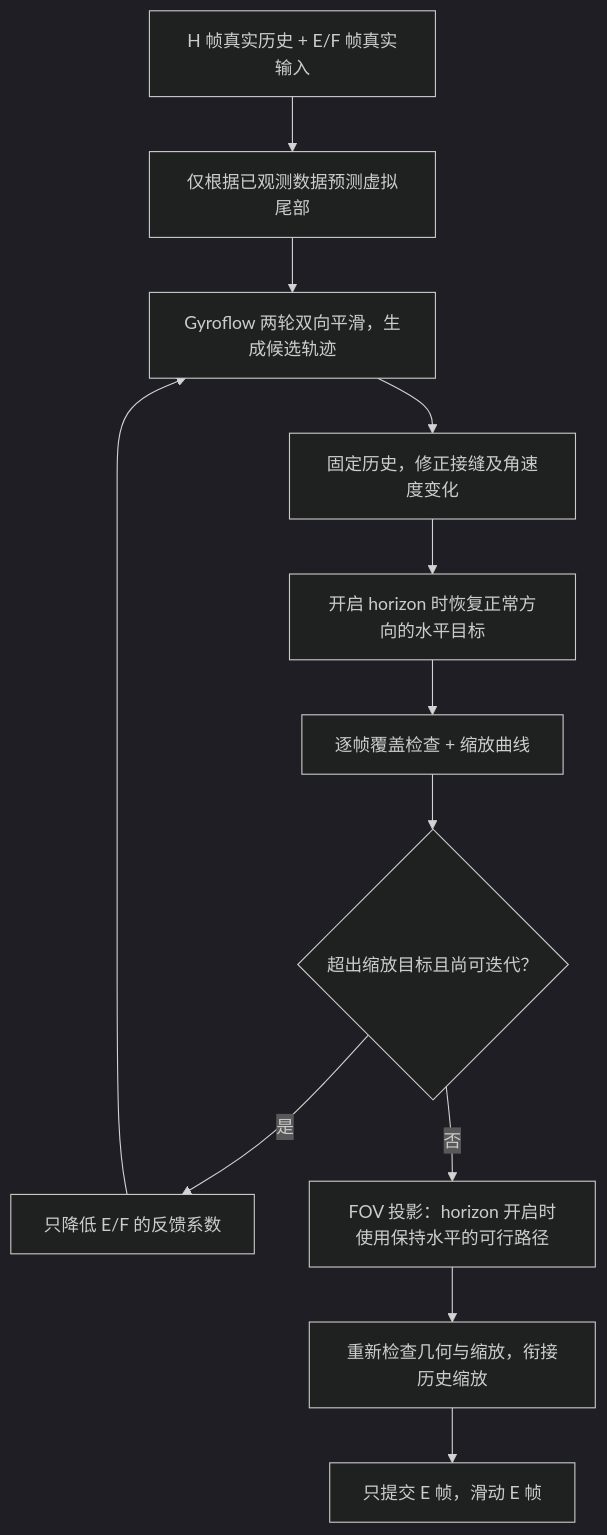
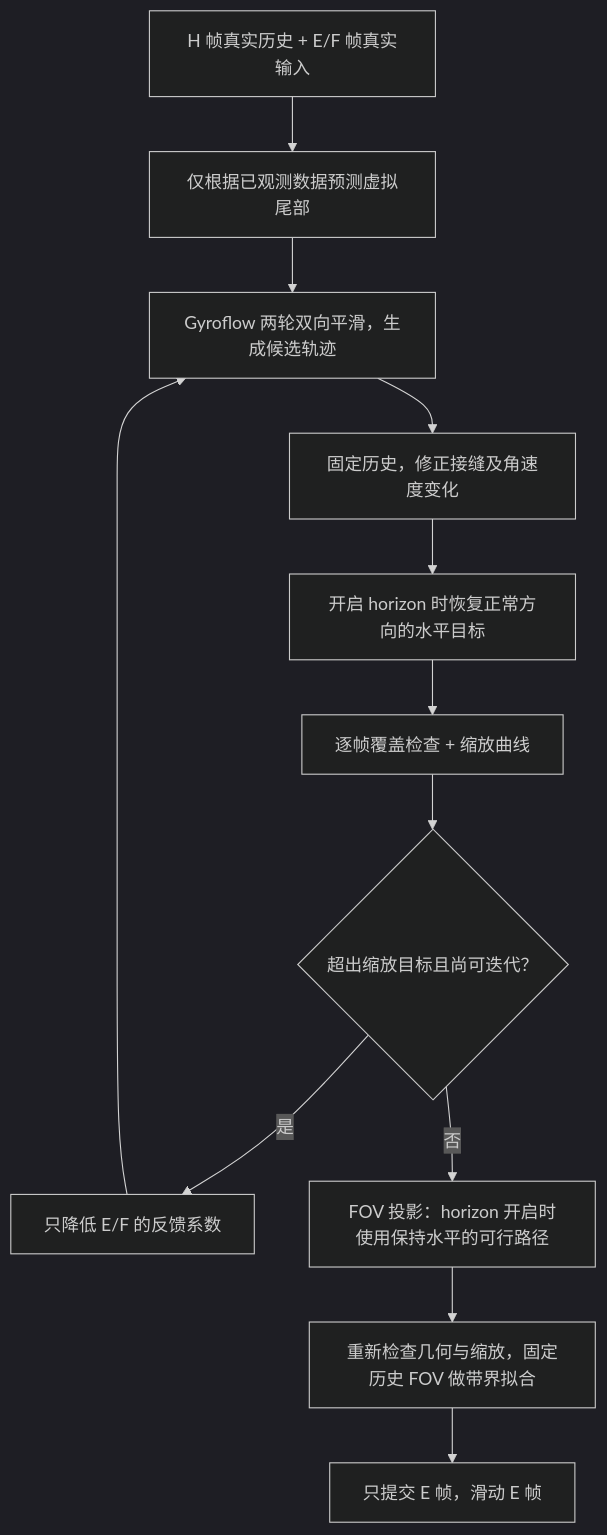
Before and after one commit to superguymj/EIS: the diagram in docs/gyroflow-sliding-window.md, drawn with Mermaid (dark theme). The commit also changed other lines of this file and 487 other files, not shown here.

````diff
--- a/docs/gyroflow-sliding-window.md
+++ b/docs/gyroflow-sliding-window.md
@@ -61,14 +67,14 @@
 ```mermaid
 flowchart TD
     A["H 帧真实历史 + E/F 帧真实输入"] --> B["仅根据已观测数据预测虚拟尾部"]
     B --> C["Gyroflow 两轮双向平滑，生成候选轨迹"]
     C --> D["固定历史，修正接缝及角速度变化"]
     D --> L["开启 horizon 时恢复正常方向的水平目标"]
     L --> G["逐帧覆盖检查 + 缩放曲线"]
     G --> I{"超出缩放目标且尚可迭代？"}
     I -->|是| J["只降低 E/F 的反馈系数"]
     J --> C
     I -->|否| P["FOV 投影：horizon 开启时使用保持水平的可行路径"]
-    P --> Z["重新检查几何与缩放，衔接历史缩放"]
+    P --> Z["重新检查几何与缩放，固定历史 FOV 做带界拟合"]
     Z --> O["只提交 E 帧，滑动 E 帧"]
 ```
````
